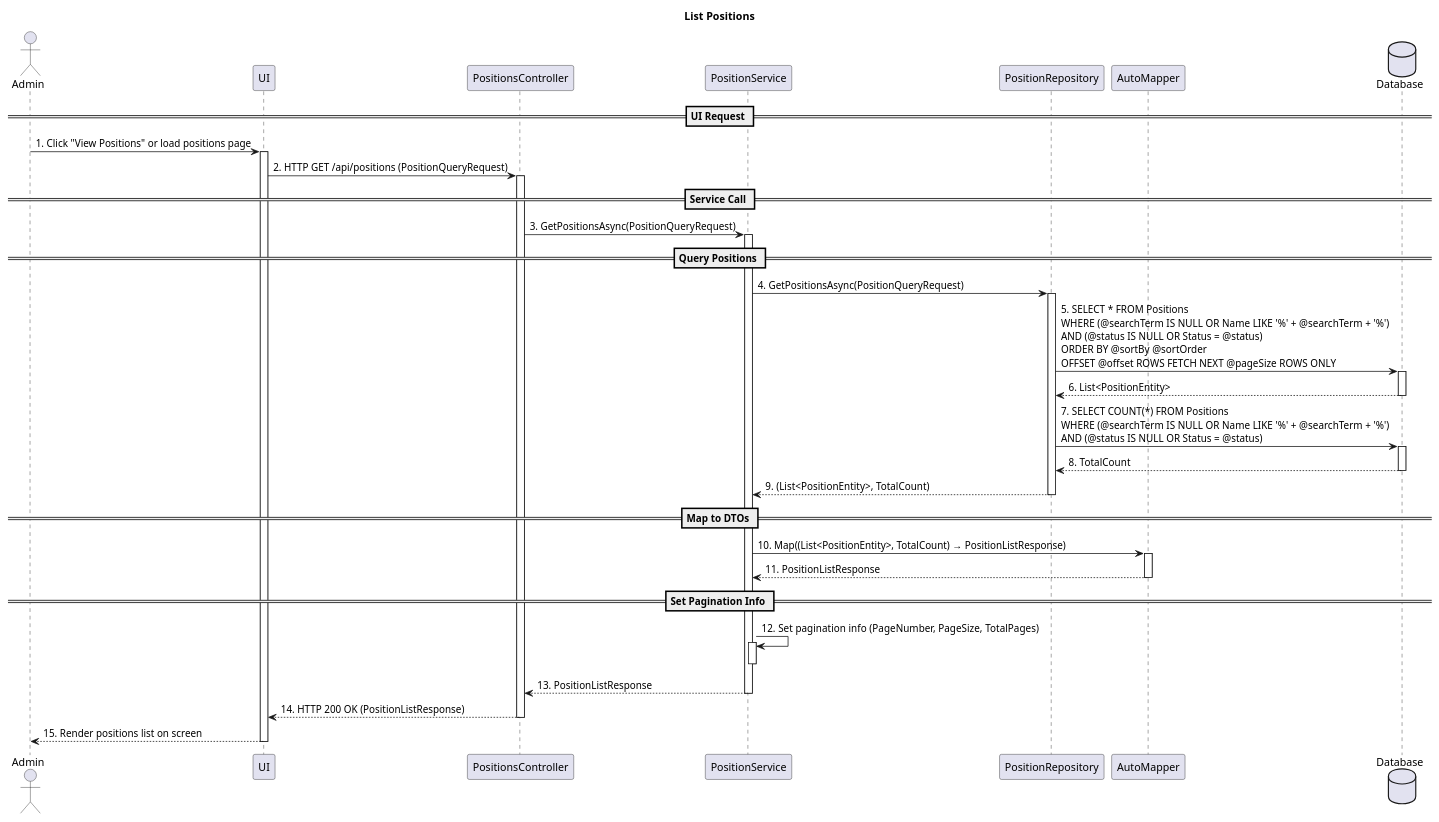
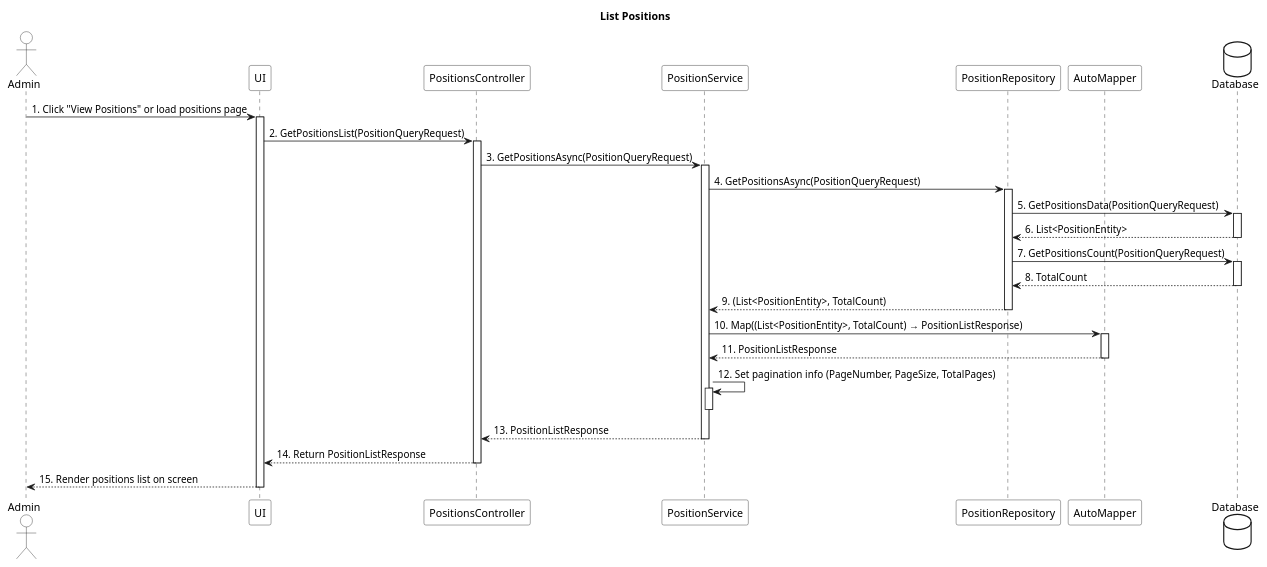
One commit to Capstone-FA25-MABS/BookingCareSystemBackend changed the diagram in src/Services/BookingCare.Services.Doctor/sequence-diagrams/position/list_positions_sequence_diagram.puml. Above: the diagram before and after it, drawn with PlantUML. The commit also changed 32 other files, not shown here.

Commit message:
[FIX] update code sequence diagram and class diagram

```diff
--- a/src/Services/BookingCare.Services.Doctor/sequence-diagrams/position/list_positions_sequence_diagram.puml
+++ b/src/Services/BookingCare.Services.Doctor/sequence-diagrams/position/list_positions_sequence_diagram.puml
@@ -1,57 +1,59 @@
 @startuml
 title List Positions
+
+skinparam backgroundColor White
+skinparam sequenceParticipantBackgroundColor White
+skinparam sequenceActorBackgroundColor White
+skinparam sequenceLifeLineBackgroundColor White
+skinparam databaseBackgroundColor White
+skinparam sequenceGroupBackgroundColor White
 
 actor Admin
 participant UI
 participant PositionsController
 participant PositionService
 participant PositionRepository
 participant AutoMapper
 database Database
 
-== UI Request ==
 Admin -> UI : 1. Click "View Positions" or load positions page
 activate UI
-UI -> PositionsController : 2. HTTP GET /api/positions (PositionQueryRequest)
+UI -> PositionsController : 2. GetPositionsList(PositionQueryRequest)
 activate PositionsController
 
-== Service Call ==
 PositionsController -> PositionService : 3. GetPositionsAsync(PositionQueryRequest)
 activate PositionService
 
-== Query Positions ==
 PositionService -> PositionRepository : 4. GetPositionsAsync(PositionQueryRequest)
 activate PositionRepository
-PositionRepository -> Database : 5. SELECT * FROM Positions\nWHERE (@searchTerm IS NULL OR Name LIKE '%' + @searchTerm + '%')\nAND (@status IS NULL OR Status = @status)\nORDER BY @sortBy @sortOrder\nOFFSET @offset ROWS FETCH NEXT @pageSize ROWS ONLY
+PositionRepository -> Database : 5. GetPositionsData(PositionQueryRequest)
 activate Database
 Database --> PositionRepository : 6. List<PositionEntity>
 deactivate Database
 
-PositionRepository -> Database : 7. SELECT COUNT(*) FROM Positions\nWHERE (@searchTerm IS NULL OR Name LIKE '%' + @searchTerm + '%')\nAND (@status IS NULL OR Status = @status)
+PositionRepository -> Database : 7. GetPositionsCount(PositionQueryRequest)
 activate Database
 Database --> PositionRepository : 8. TotalCount
 deactivate Database
 PositionRepository --> PositionService : 9. (List<PositionEntity>, TotalCount)
 deactivate PositionRepository
 
-== Map to DTOs ==
 PositionService -> AutoMapper : 10. Map((List<PositionEntity>, TotalCount) → PositionListResponse)
 activate AutoMapper
 AutoMapper --> PositionService : 11. PositionListResponse
 deactivate AutoMapper
 
-== Set Pagination Info ==
 PositionService -> PositionService : 12. Set pagination info (PageNumber, PageSize, TotalPages)
 activate PositionService
 deactivate PositionService
 
 PositionService --> PositionsController : 13. PositionListResponse
 deactivate PositionService
 
-PositionsController --> UI : 14. HTTP 200 OK (PositionListResponse)
+PositionsController --> UI : 14. Return PositionListResponse
 deactivate PositionsController
 
 UI --> Admin : 15. Render positions list on screen
 deactivate UI
 
 @enduml
```
